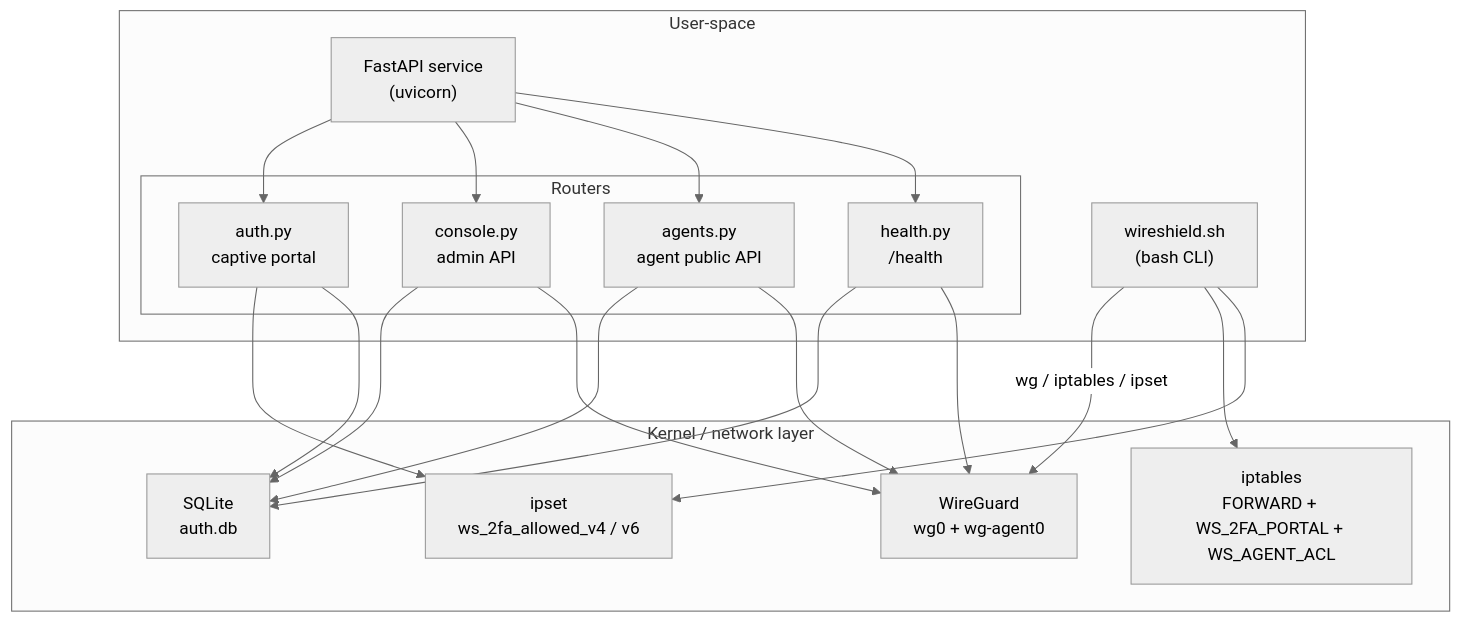
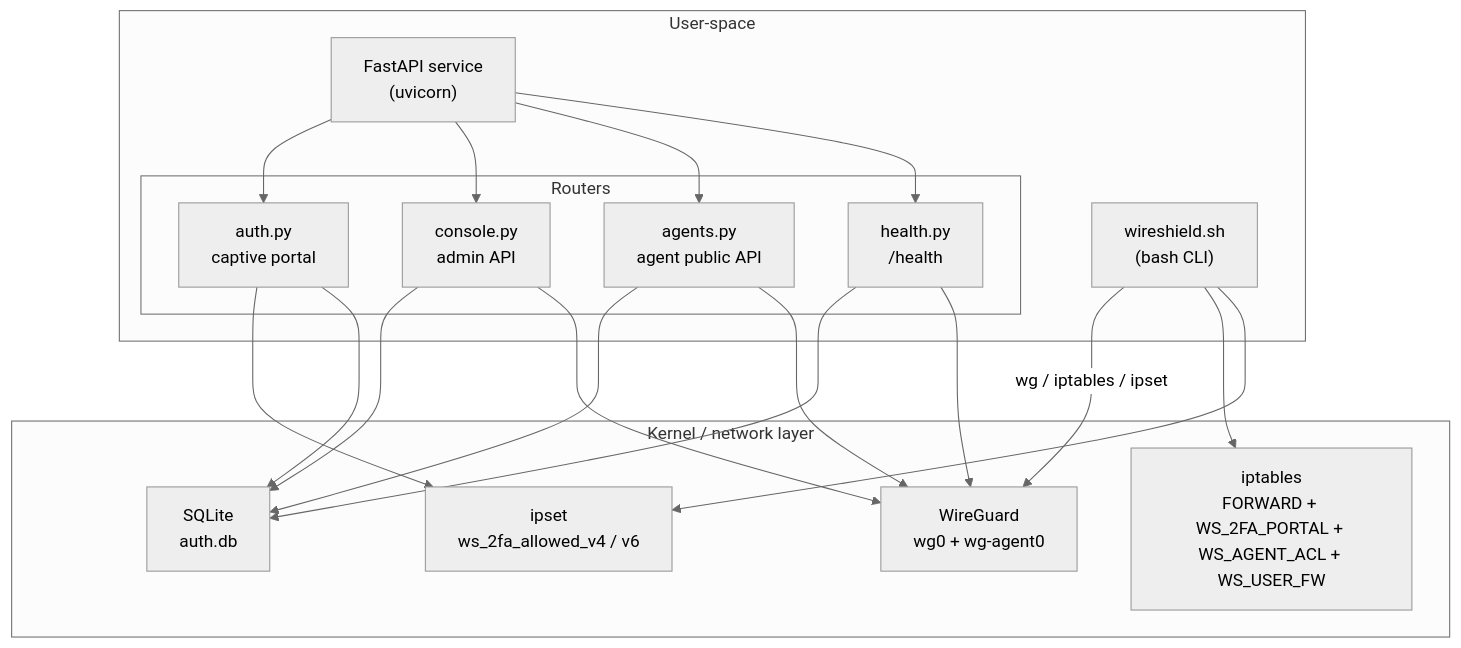
Before and after one commit to siyamsarker/WireShield: the third of 4 diagrams in README.md, drawn with Mermaid (neutral theme). The commit also changed other lines of this file, not shown here.

First line of the commit message:
docs(readme): document the per-user firewall feature

````diff
--- a/README.md
+++ b/README.md
@@ -522,35 +528,35 @@
 ```mermaid
 flowchart TB
     subgraph User["User-space"]
         CLI["wireshield.sh<br/>(bash CLI)"]
         FastAPI["FastAPI service<br/>(uvicorn)"]
         subgraph Routers["Routers"]
             R1["auth.py<br/>captive portal"]
             R2["console.py<br/>admin API"]
             R3["agents.py<br/>agent public API"]
             R4["health.py<br/>/health"]
         end
         FastAPI --> R1
         FastAPI --> R2
         FastAPI --> R3
         FastAPI --> R4
     end
     subgraph Kernel["Kernel / network layer"]
         WG["WireGuard<br/>wg0 + wg-agent0"]
-        IPT["iptables<br/>FORWARD + WS_2FA_PORTAL + WS_AGENT_ACL"]
+        IPT["iptables<br/>FORWARD + WS_2FA_PORTAL + WS_AGENT_ACL + WS_USER_FW"]
         IPSET["ipset<br/>ws_2fa_allowed_v4 / v6"]
         DB["SQLite<br/>auth.db"]
     end
 
     CLI -->|wg / iptables / ipset| WG
     CLI --> IPT
     CLI --> IPSET
     R1 --> IPSET
     R1 --> DB
     R2 --> DB
     R2 --> WG
     R3 --> DB
     R3 --> WG
     R4 --> DB
     R4 --> WG
 ```
````
